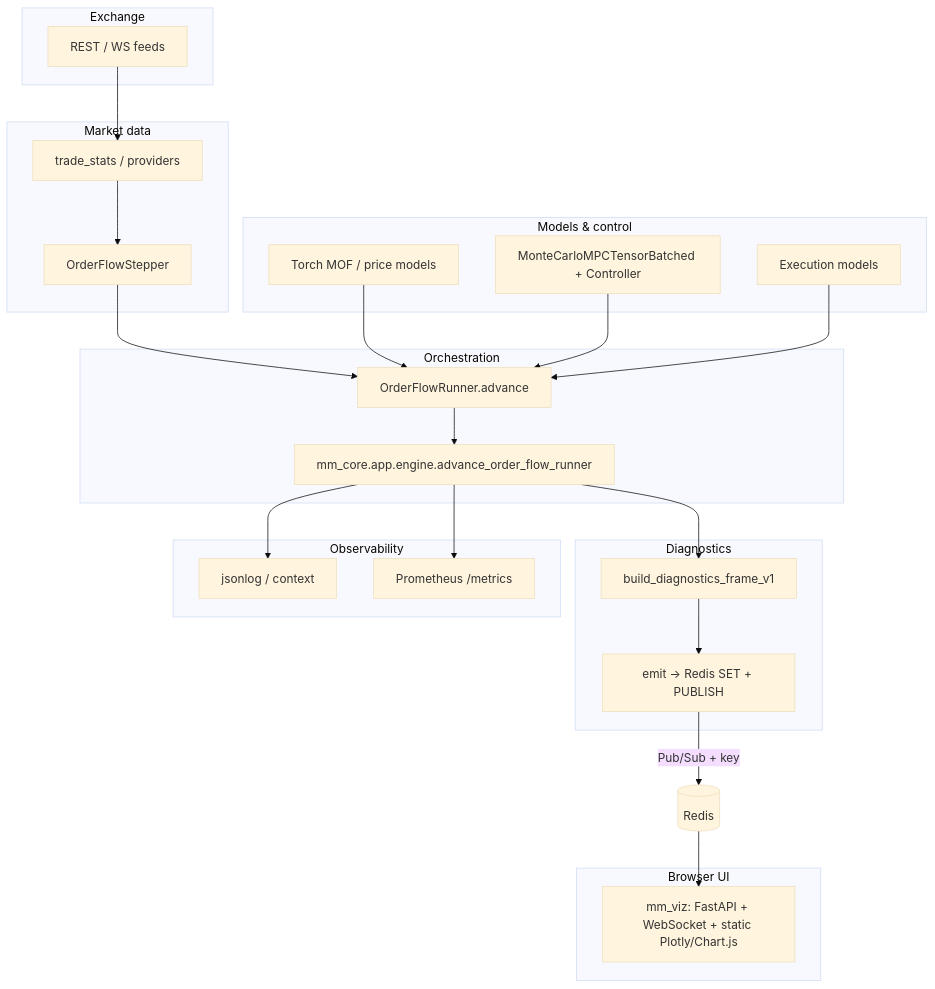
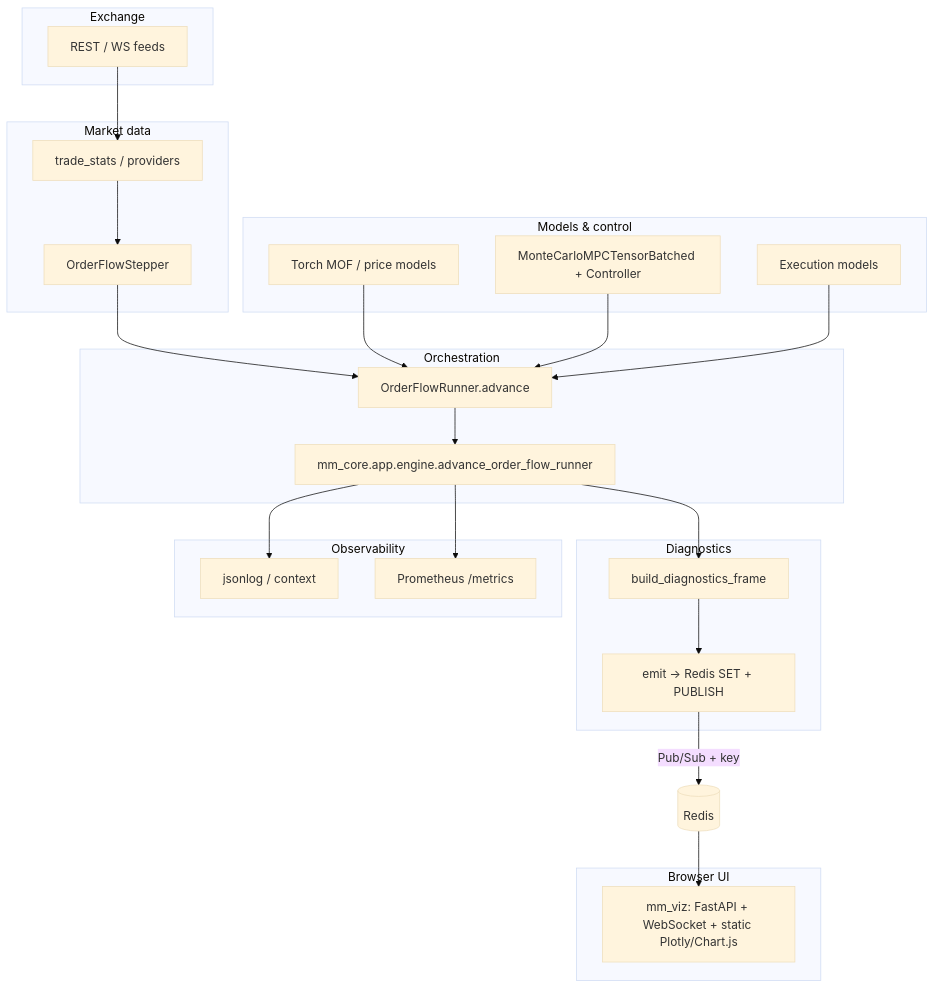
Before and after one commit to golipour/market-maker: the diagram in docs/SYSTEM_ARCHITECTURE.md, drawn with Mermaid (base theme). The commit also changed other lines of this file and 15 other files, not shown here.

First line of the commit message:
Refactor market flow model handling and update diagnostics frame references

````diff
--- a/docs/SYSTEM_ARCHITECTURE.md
+++ b/docs/SYSTEM_ARCHITECTURE.md
@@ -11,50 +11,50 @@
 ```mermaid
 flowchart TB
   subgraph exchange["Exchange"]
     REST["REST / WS feeds"]
   end
 
   subgraph ingest["Market data"]
     TS["trade_stats / providers"]
     ST["OrderFlowStepper"]
   end
 
   subgraph brain["Models & control"]
     MOF["Torch MOF / price models"]
     MPC["MonteCarloMPCTensorBatched + Controller"]
     EX["Execution models"]
   end
 
   subgraph loop["Orchestration"]
     RUN["OrderFlowRunner.advance"]
     ENG["mm_core.app.engine.advance_order_flow_runner"]
   end
 
   subgraph diag["Diagnostics"]
-    FV1["build_diagnostics_frame_v1"]
+    FV1["build_diagnostics_frame"]
     EM["emit → Redis SET + PUBLISH"]
   end
 
   subgraph obs["Observability"]
     LOG["jsonlog / context"]
     MET["Prometheus /metrics"]
   end
 
   subgraph ui["Browser UI"]
     VIZ["mm_viz: FastAPI + WebSocket + static Plotly/Chart.js"]
   end
 
   REST --> TS
   TS --> ST
   ST --> RUN
   MOF --> RUN
   MPC --> RUN
   EX --> RUN
   RUN --> ENG
   ENG --> FV1
   FV1 --> EM
   EM -->|Pub/Sub + key| RS[(Redis)]
   RS --> VIZ
   ENG --> LOG
   ENG --> MET
 ```
````
